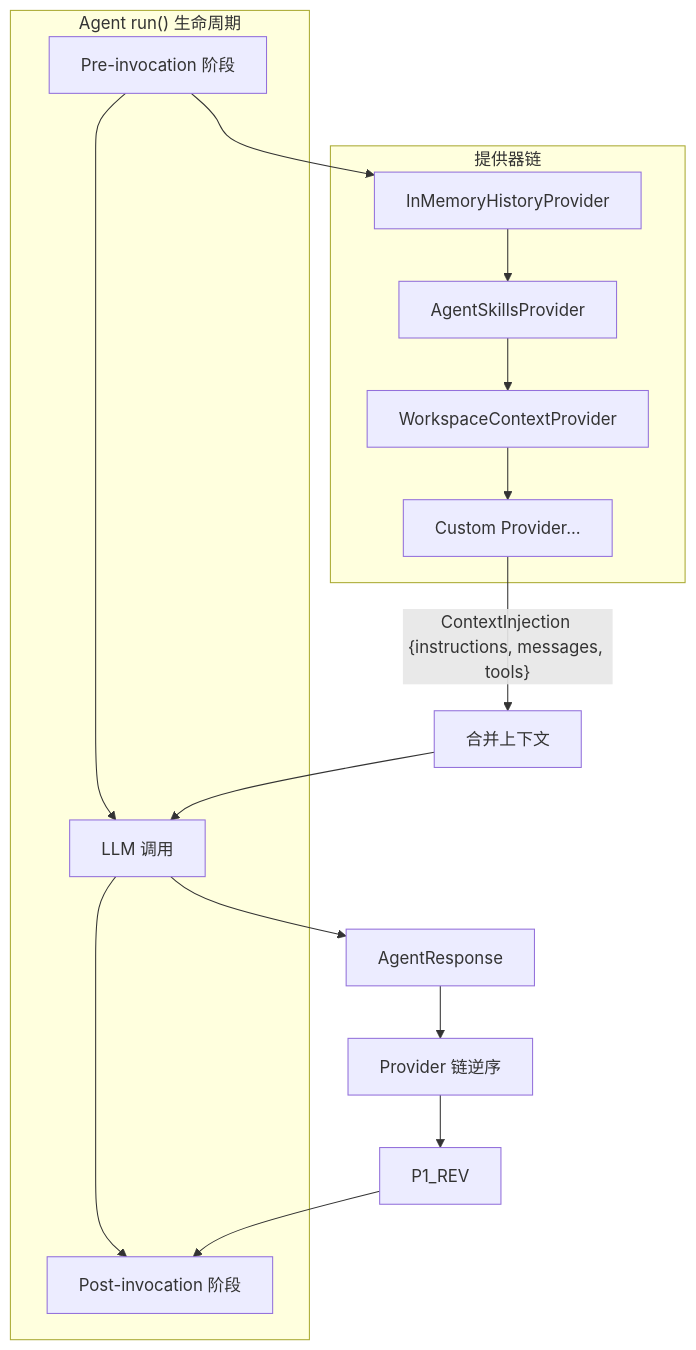
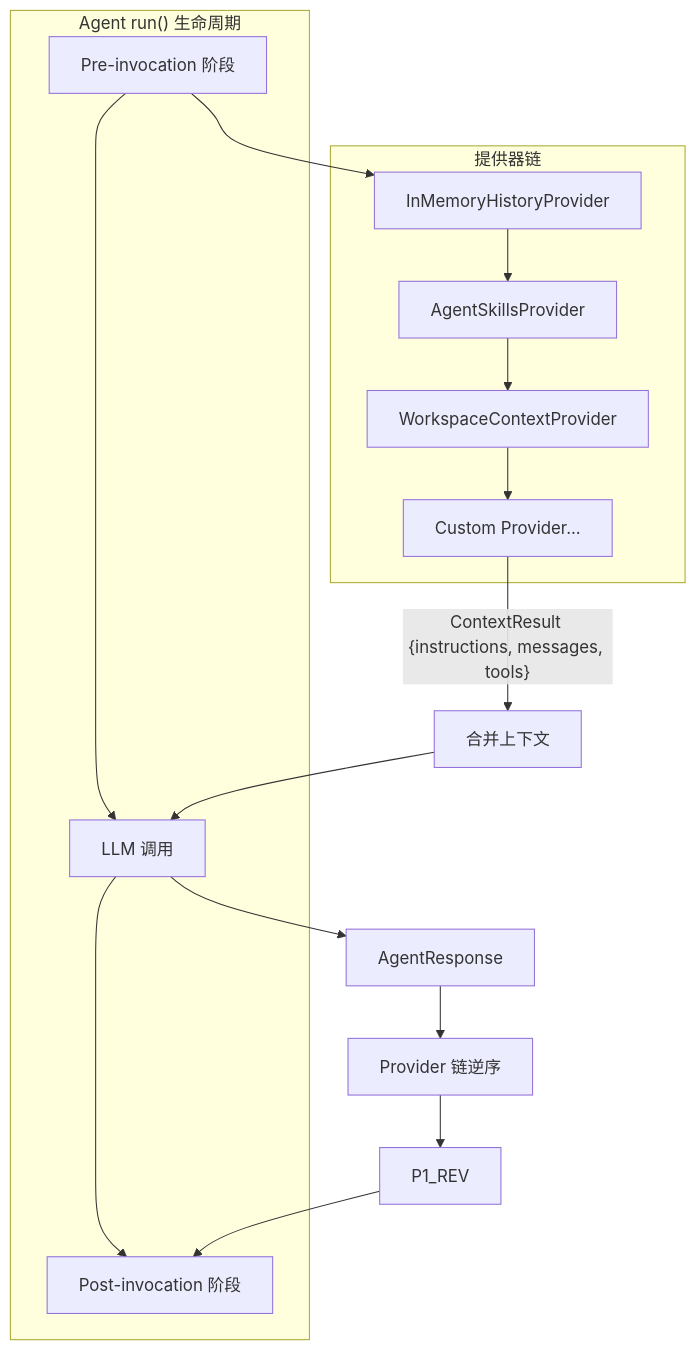
One commit to Rust-Framework/rust-agent-framework changed the diagram in docs/05-context-providers/INDEX.md. Above: the diagram before and after it, drawn with Mermaid. The commit also changed other lines of this file and 59 other files, not shown here.

````diff
--- a/docs/05-context-providers/INDEX.md
+++ b/docs/05-context-providers/INDEX.md
@@ -16,22 +16,22 @@
 ```mermaid
 graph TB
     subgraph "Agent run() 生命周期"
         PRE["Pre-invocation 阶段"] --> LLM["LLM 调用"]
         LLM --> POST["Post-invocation 阶段"]
     end
 
     subgraph "提供器链"
         P1["InMemoryHistoryProvider"] --> P2["AgentSkillsProvider"]
         P2 --> P3["WorkspaceContextProvider"]
         P3 --> P4["Custom Provider..."]
     end
 
     PRE --> P1
-    P4 -->|"ContextInjection {instructions, messages, tools}"| COMBINED["合并上下文"]
+    P4 -->|"ContextResult {instructions, messages, tools}"| COMBINED["合并上下文"]
     COMBINED --> LLM
 
     LLM --> RESP["AgentResponse"]
     RESP --> P4_REV["Provider 链逆序"]
     P4_REV --> P1_REV
     P1_REV --> POST
 ```
````
